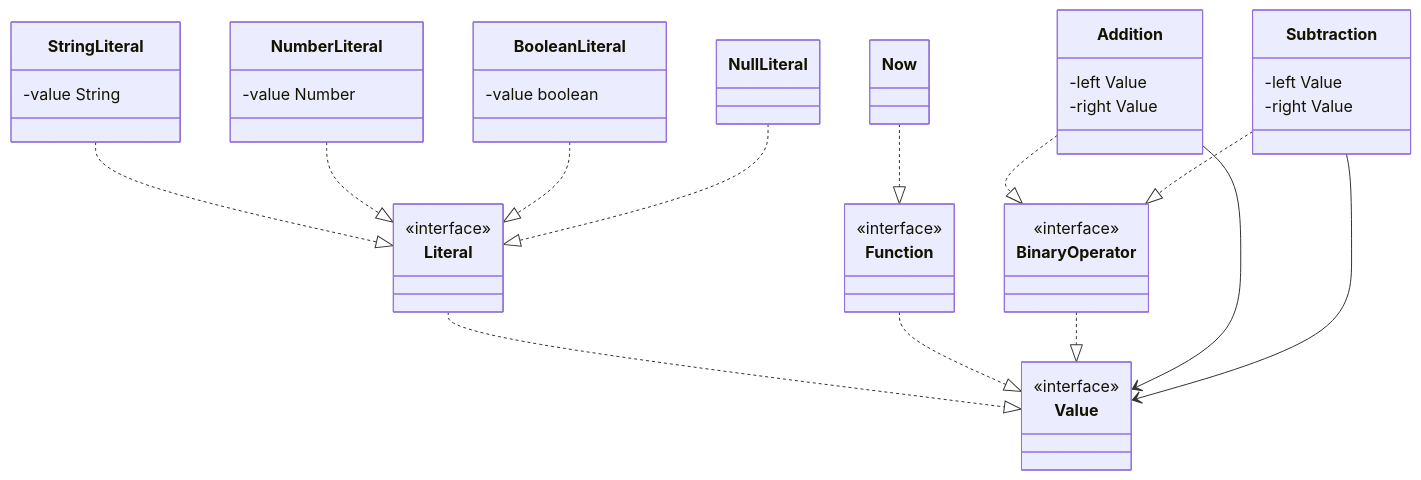
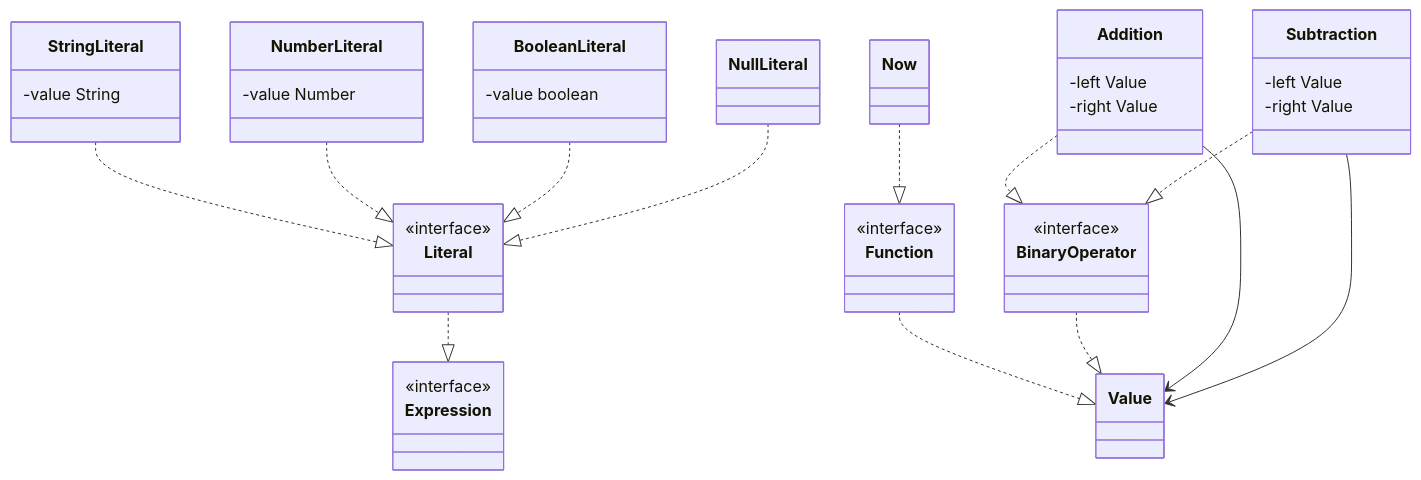
The seventh of 10 diagrams in docs/domain.md (safarislava/QueryBricks), drawn with Mermaid before and after one commit. The commit also changed other lines of this file, not shown here.

Commit message:
docs: Remove schema

````diff
--- a/docs/domain.md
+++ b/docs/domain.md
@@ -199,56 +194,56 @@
 ```mermaid
 classDiagram
-    class Value {
+    class Expression {
         <<interface>>
     }
-    
+
     class Literal {
         <<interface>>
     }
-    Literal ..|> Value
+    Literal ..|> Expression
 
     class StringLiteral {
         -value String
     }
     StringLiteral ..|> Literal
 
     class NumberLiteral {
         -value Number
     }
     NumberLiteral ..|> Literal
 
     class BooleanLiteral {
         -value boolean
     }
     BooleanLiteral ..|> Literal
 
     class NullLiteral
     NullLiteral ..|> Literal
 
     class Function {
         <<interface>>
     }
     Function ..|> Value
 
     class Now
     Now ..|> Function
 
     class BinaryOperator {
         <<interface>>
     }
     BinaryOperator ..|> Value
 
     class Addition {
         -left Value
         -right Value
     }
     Addition ..|> BinaryOperator
     Addition --> Value
 
     class Subtraction {
         -left Value
         -right Value
     }
     Subtraction ..|> BinaryOperator
     Subtraction --> Value
 ```
````
